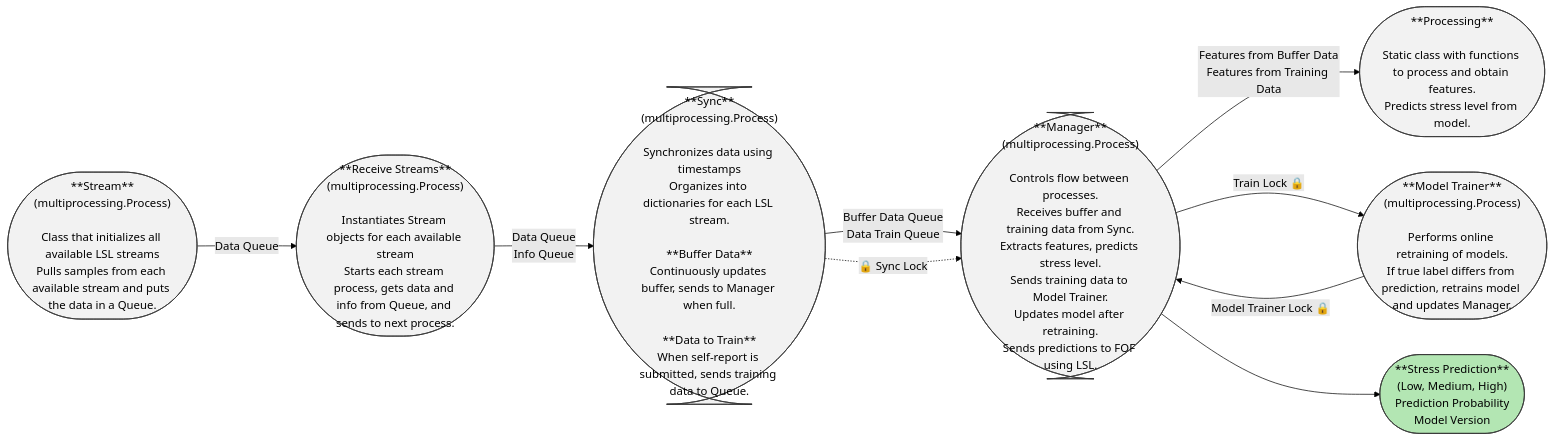
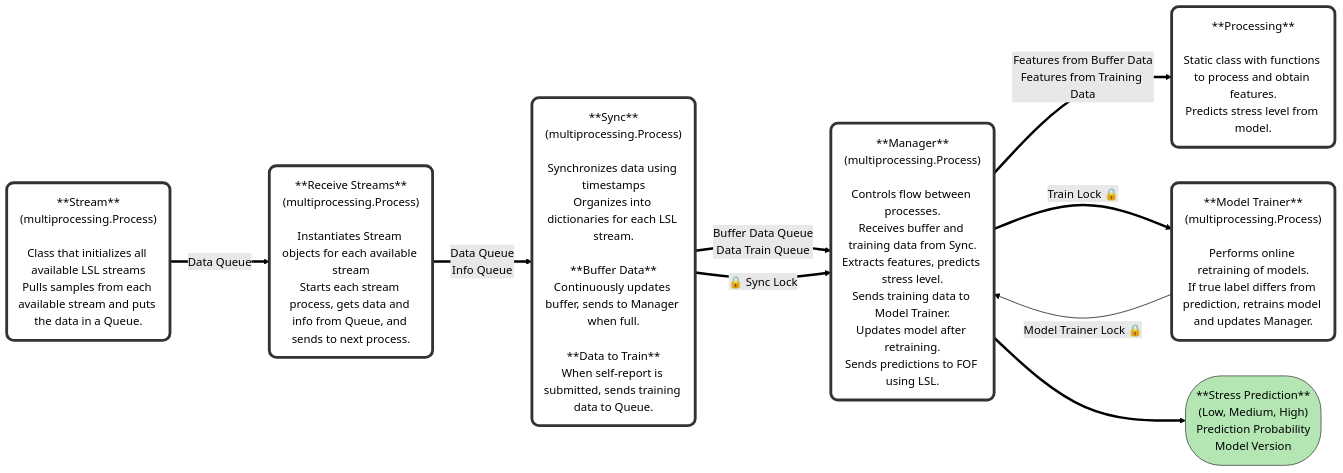
One commit to NeuroRehabilitation/loop-system changed the first of 2 diagrams in README.md. Above: the diagram before and after it, drawn with Mermaid (forest theme).

Commit message:
chore(README): update mermaid chart.

````diff
--- a/README.md
+++ b/README.md
@@ -12,37 +12,37 @@
 ```mermaid
 flowchart LR
-    %% =============================
-    %% Nodes
-    %% =============================
+    Stream["**Stream**<br>(multiprocessing.Process)<br><br>Class that initializes all available LSL streams<br>Pulls samples from each available stream and puts the data in a Queue."] == Data Queue ==> Receive["**Receive Streams**<br>(multiprocessing.Process)<br><br>Instantiates Stream objects for each available stream<br>Starts each stream process, gets data and info from Queue, and sends to next process."]
+    Receive == Data Queue<br>Info Queue ==> Sync["**Sync**<br>(multiprocessing.Process)<br><br>Synchronizes data using timestamps<br>Organizes into dictionaries for each LSL stream.<br><br>**Buffer Data**<br>Continuously updates buffer, sends to Manager when full.<br><br>**Data to Train**<br>When self-report is submitted, sends training data to Queue."]
+    Sync == Buffer Data Queue<br>Data Train Queue ==> Manager["**Manager**<br>(multiprocessing.Process)<br><br>Controls flow between processes.<br>Receives buffer and training data from Sync.<br>Extracts features, predicts stress level.<br>Sends training data to Model Trainer.<br>Updates model after retraining.<br>Sends predictions to FOF using LSL."]
+    Sync == 🔒 Sync Lock ==> Manager
+    Manager == Features from Buffer Data<br>Features from Training Data ==> Processing["**Processing**<br><br>Static class with functions to process and obtain features.<br>Predicts stress level from model."]
+    Manager == Train Lock 🔒 ==> Trainer["**Model Trainer**<br>(multiprocessing.Process)<br><br>Performs online retraining of models.<br>If true label differs from prediction, retrains model and updates Manager."]
+    Trainer -- Model Trainer Lock 🔒 --> Manager
+    Manager ==> Output["**Stress Prediction**<br>(Low, Medium, High)<br>Prediction Probability<br>Model Version"]
 
-    Stream(["**Stream**<br/>(multiprocessing.Process)<br/><br/>Class that initializes all available LSL streams<br/>Pulls samples from each available stream and puts the data in a Queue."])
-    Receive(["**Receive Streams**<br/>(multiprocessing.Process)<br/><br/>Instantiates Stream objects for each available stream<br/>Starts each stream process, gets data and info from Queue, and sends to next process."])
-    Sync(["**Sync**<br/>(multiprocessing.Process)<br/><br/>Synchronizes data using timestamps<br/>Organizes into dictionaries for each LSL stream.<br/><br/>**Buffer Data**<br/>Continuously updates buffer, sends to Manager when full.<br/><br/>**Data to Train**<br/>When self-report is submitted, sends training data to Queue."])
-    Manager(["**Manager**<br/>(multiprocessing.Process)<br/><br/>Controls flow between processes.<br/>Receives buffer and training data from Sync.<br/>Extracts features, predicts stress level.<br/>Sends training data to Model Trainer.<br/>Updates model after retraining.<br/>Sends predictions to FOF using LSL."])
-    Processing(["**Processing**<br/><br/>Static class with functions to process and obtain features.<br/>Predicts stress level from model."])
-    Trainer(["**Model Trainer**<br/>(multiprocessing.Process)<br/><br/>Performs online retraining of models.<br/>If true label differs from prediction, retrains model and updates Manager."])
-    Output(["**Stress Prediction**<br/>(Low, Medium, High)<br/>Prediction Probability<br/>Model Version"])
-
-    %% =============================
-    %% Connections
-    %% =============================
-
-    Stream -->|"Data Queue"| Receive
-    Receive -->|"Data Queue<br/>Info Queue"| Sync
-    Sync -->|"Buffer Data Queue<br/>Data Train Queue"| Manager
-    Sync -.->|"🔒 Sync Lock"| Manager
-    Manager -->|"Features from Buffer Data<br/>Features from Training Data"| Processing
-    Manager -->|"Train Lock 🔒"| Trainer
-    Trainer -->|"Model Trainer Lock 🔒"| Manager
-    Manager --> Output
-
-    %% =============================
-    %% Styling
-    %% =============================
-
+    Stream@{ shape: event}
+    Receive@{ shape: event}
+    Sync@{ shape: event}
+    Manager@{ shape: event}
+    Processing@{ shape: event}
+    Trainer@{ shape: event}
+    Output@{ shape: event}
+     Stream:::process
+     Receive:::process
+     Sync:::process
+     Manager:::process
+     Processing:::process
+     Trainer:::process
+     Output:::output
     classDef process fill:#f2f2f2,stroke:#333,stroke-width:1px,color:#000,rx:10,ry:10
     classDef output fill:#b3e6b3,stroke:#333,stroke-width:1px,color:#000,rx:50,ry:50
+    style Stream fill:#FFFFFF,stroke-width:4px,stroke-dasharray: 0
+    style Receive fill:#FFFFFF,stroke-width:4px,stroke-dasharray: 0
+    style Sync fill:#FFFFFF,stroke-width:4px,stroke-dasharray: 0
+    style Manager fill:#FFFFFF,stroke-width:4px,stroke-dasharray: 0
+    style Processing fill:#FFFFFF,stroke-width:4px,stroke-dasharray: 0
+    style Trainer fill:#FFFFFF,stroke-width:4px,stroke-dasharray: 0
 
-    class Stream,Receive,Sync,Manager,Processing,Trainer process
-    class Output output
+
+
 ```
````
